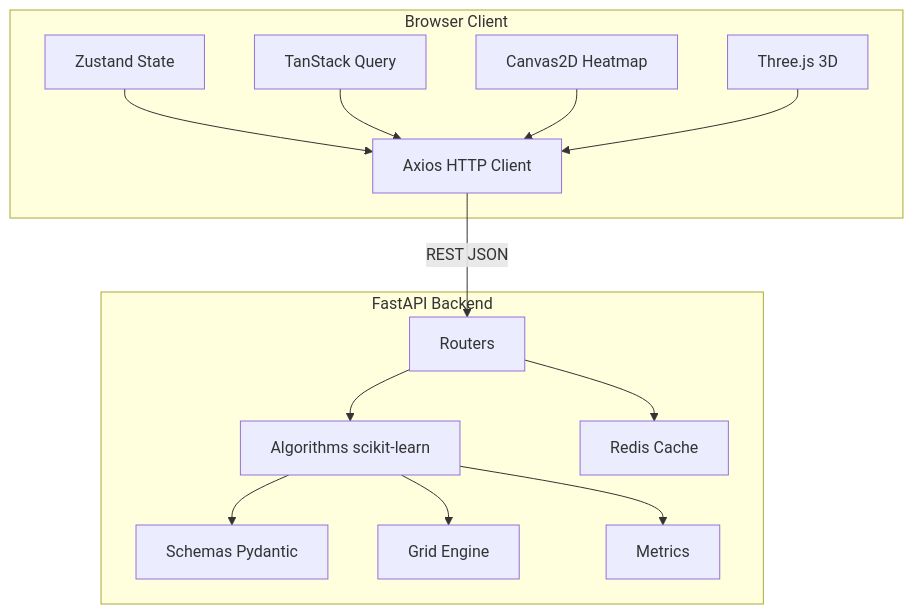
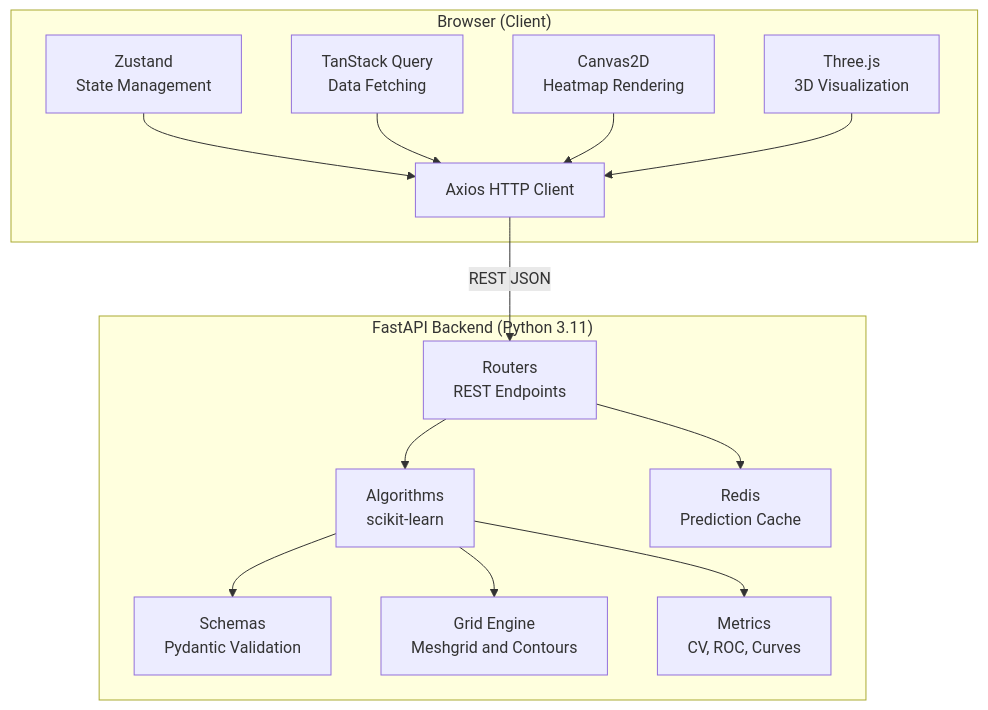
One commit to mahirmlk/Confluence changed the first of 3 diagrams in README.md. Above: the diagram before and after it, drawn with Mermaid. The commit also changed other lines of this file, not shown here.

Commit message:
docs(readme): restore detailed Mermaid diagrams with improved labels

````diff
--- a/README.md
+++ b/README.md
@@ -206,30 +206,30 @@
 ```mermaid
 graph TB
-    subgraph Browser["Browser Client"]
-        Z["Zustand State"]
-        TQ["TanStack Query"]
-        C2D["Canvas2D Heatmap"]
-        TJS["Three.js 3D"]
+    subgraph Browser["Browser (Client)"]
+        Z["Zustand<br/>State Management"]
+        TQ["TanStack Query<br/>Data Fetching"]
+        C2D["Canvas2D<br/>Heatmap Rendering"]
+        TJS["Three.js<br/>3D Visualization"]
         AX["Axios HTTP Client"]
     end
 
-    subgraph Backend["FastAPI Backend"]
-        R["Routers"]
-        AL["Algorithms scikit-learn"]
-        SC["Schemas Pydantic"]
-        GE["Grid Engine"]
-        M["Metrics"]
-        RD["Redis Cache"]
+    subgraph Backend["FastAPI Backend (Python 3.11)"]
+        R["Routers<br/>REST Endpoints"]
+        AL["Algorithms<br/>scikit-learn"]
+        SC["Schemas<br/>Pydantic Validation"]
+        GE["Grid Engine<br/>Meshgrid and Contours"]
+        M["Metrics<br/>CV, ROC, Curves"]
+        RD["Redis<br/>Prediction Cache"]
     end
 
     Z --> AX
     TQ --> AX
     C2D --> AX
     TJS --> AX
     AX -->|"REST JSON"| R
     R --> AL
     AL --> SC
     AL --> GE
     AL --> M
     R --> RD
 ```
````
